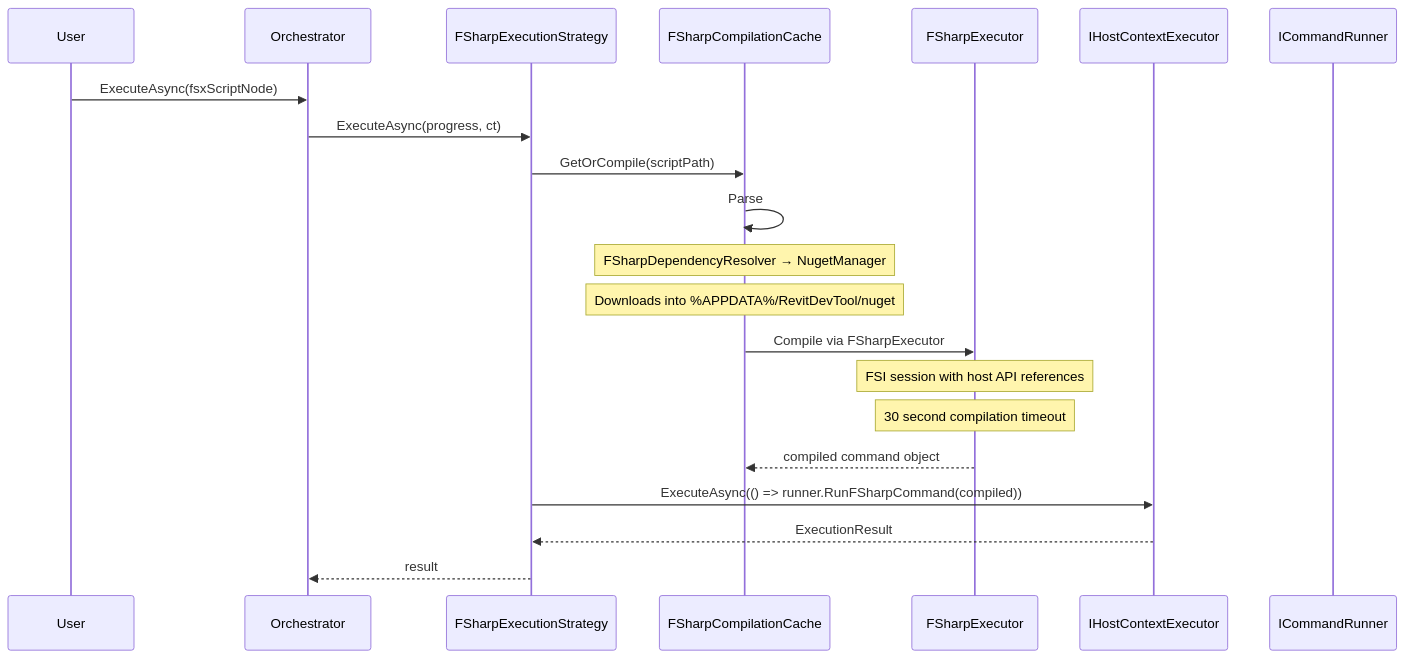
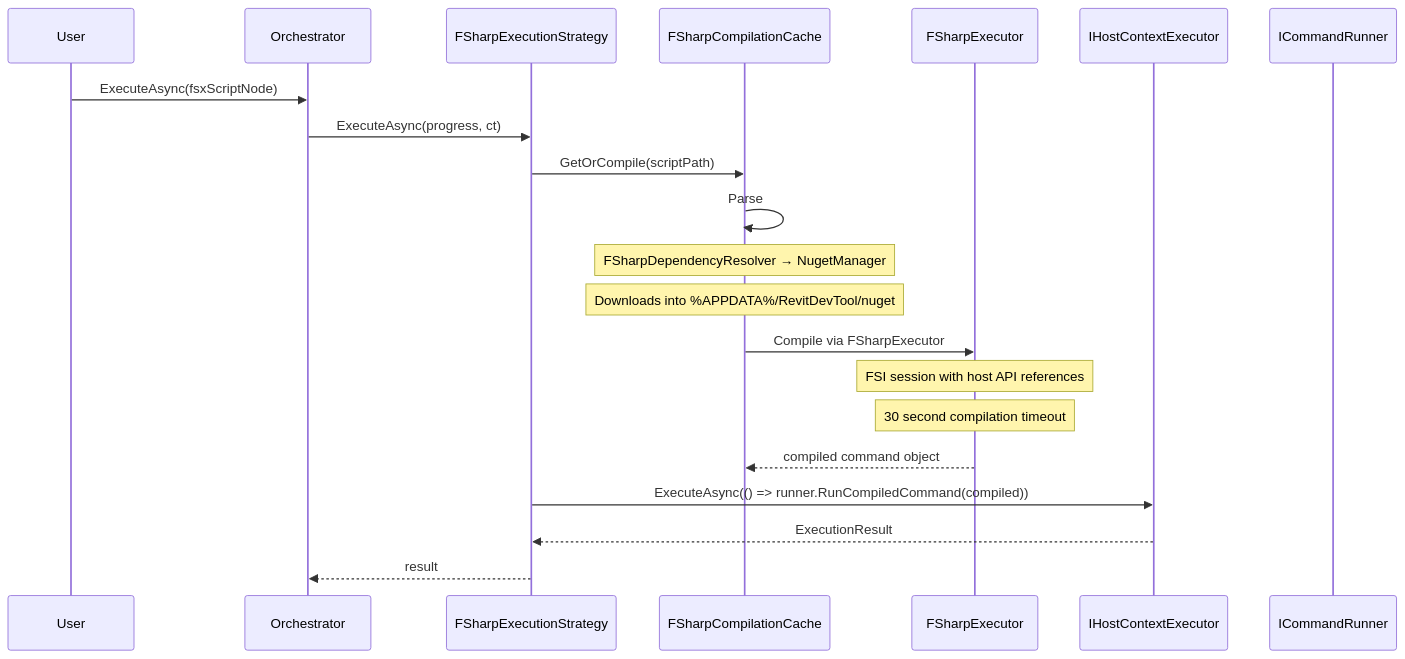
The fifth of 9 diagrams in docs/Execution/README.md (trgiangv/RevitDevTool), drawn with Mermaid before and after one commit. The commit also changed other lines of this file and 22 other files, not shown here.

````diff
--- a/docs/Execution/README.md
+++ b/docs/Execution/README.md
@@ -237,24 +237,24 @@
 ```mermaid
 sequenceDiagram
     participant User as User
     participant Orch as Orchestrator
     participant Strat as FSharpExecutionStrategy
     participant Cache as FSharpCompilationCache
     participant Exec as FSharpExecutor
     participant Host as IHostContextExecutor
     participant Runner as ICommandRunner
 
     User->>Orch: ExecuteAsync(fsxScriptNode)
     Orch->>Strat: ExecuteAsync(progress, ct)
     Strat->>Cache: GetOrCompile(scriptPath)
     Cache->>Cache: Parse #r "nuget: ..." directives
     Note over Cache: FSharpDependencyResolver → NugetManager
     Note over Cache: Downloads into %APPDATA%/RevitDevTool/nuget
     Cache->>Exec: Compile via FSharpExecutor
     Note over Exec: FSI session with host API references
     Note over Exec: 30 second compilation timeout
     Exec-->>Cache: compiled command object
-    Strat->>Host: ExecuteAsync(() => runner.RunFSharpCommand(compiled))
+    Strat->>Host: ExecuteAsync(() => runner.RunCompiledCommand(compiled))
     Host-->>Strat: ExecutionResult
     Strat-->>Orch: result
 ```
````
